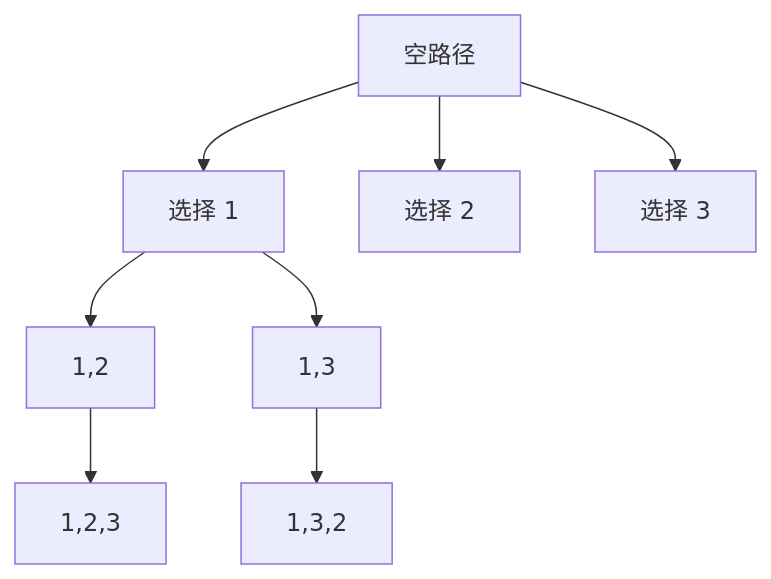
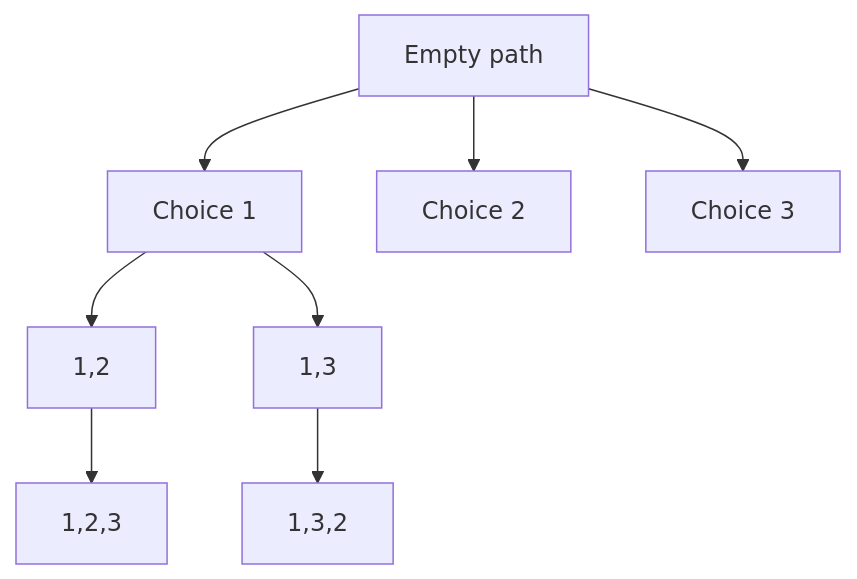
Before and after one commit to HONGLEI111/hhlblog-global: the first of 2 diagrams in src/content/technology/backtracking.md, drawn with Mermaid. The commit also changed other lines of this file and 33 other files, not shown here.

First line of the commit message:
content(code): 翻译 mermaid 图节点标签（34 文件 / 267 处）

````diff
--- a/src/content/technology/backtracking.md
+++ b/src/content/technology/backtracking.md
@@ -38,10 +38,10 @@
 ```mermaid
 graph TD
-    A[空路径] --> B[选择 1]
-    A --> C[选择 2]
-    A --> D[选择 3]
+    A[Empty path] --> B[Choice 1]
+    A --> C[Choice 2]
+    A --> D[Choice 3]
     B --> B1[1,2]
     B --> B2[1,3]
     B1 --> B11[1,2,3]
     B2 --> B21[1,3,2]
 ```
````
